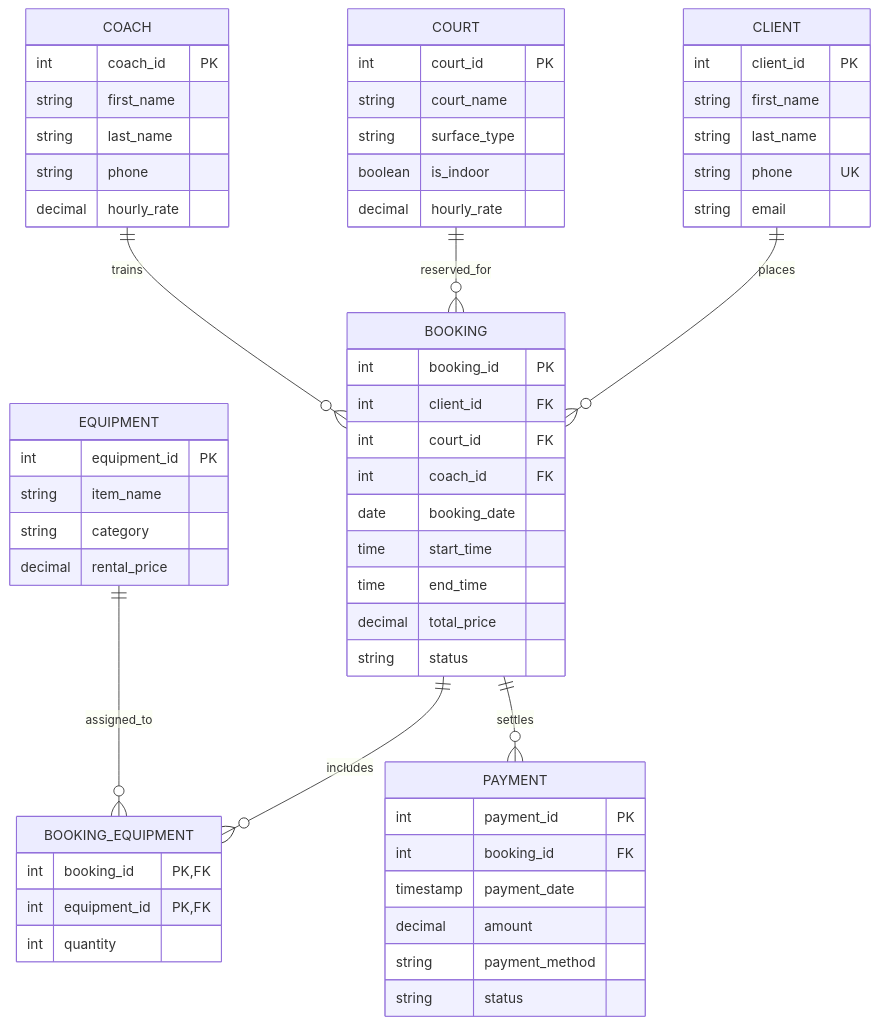
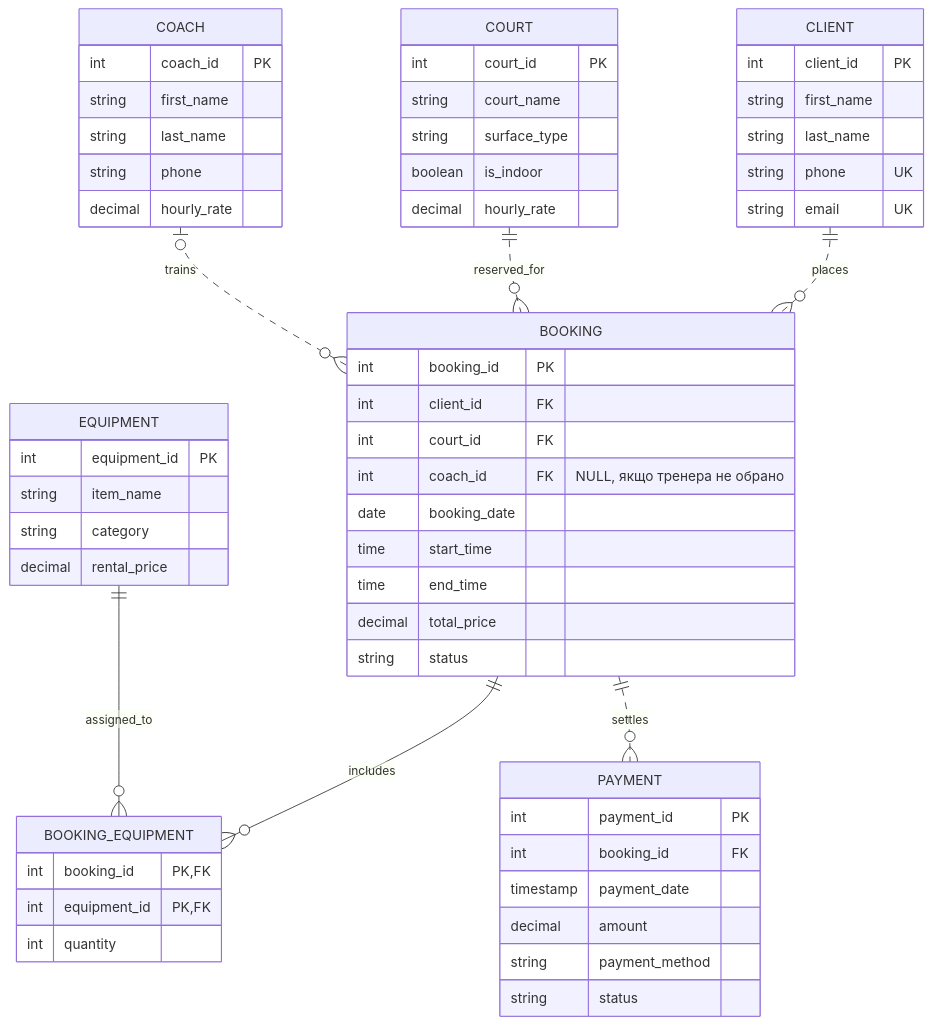
Before and after one commit to ZheniaTrochun/db-intro-course: the diagram in er-diagram.mmd, drawn with Mermaid. The commit also changed 1 other file, not shown here.

Commit message:
align ER diagram and README

```diff
--- a/er-diagram.mmd
+++ b/er-diagram.mmd
@@ -1,65 +1,65 @@
 erDiagram
-    CLIENT ||--o{ BOOKING : places
-    COURT ||--o{ BOOKING : reserved_for
-    COACH ||--o{ BOOKING : trains
+    CLIENT ||..o{ BOOKING : places
+    COURT ||..o{ BOOKING : reserved_for
+    COACH |o..o{ BOOKING : trains
     BOOKING ||--o{ BOOKING_EQUIPMENT : includes
     EQUIPMENT ||--o{ BOOKING_EQUIPMENT : assigned_to
-    BOOKING ||--o{ PAYMENT : settles
+    BOOKING ||..o{ PAYMENT : settles
 
     CLIENT {
         int client_id PK
         string first_name
         string last_name
         string phone UK
-        string email
+        string email UK
     }
 
     COURT {
         int court_id PK
         string court_name
         string surface_type
         boolean is_indoor
         decimal hourly_rate
     }
 
     COACH {
         int coach_id PK
         string first_name
         string last_name
         string phone
         decimal hourly_rate
     }
 
     EQUIPMENT {
         int equipment_id PK
         string item_name
         string category
         decimal rental_price
     }
 
     BOOKING {
         int booking_id PK
         int client_id FK
         int court_id FK
-        int coach_id FK
+        int coach_id FK "NULL, якщо тренера не обрано"
         date booking_date
         time start_time
         time end_time
         decimal total_price
         string status
     }
 
     BOOKING_EQUIPMENT {
         int booking_id PK, FK
         int equipment_id PK, FK
         int quantity
     }
 
     PAYMENT {
         int payment_id PK
         int booking_id FK
         timestamp payment_date
         decimal amount
         string payment_method
         string status
     }
```
